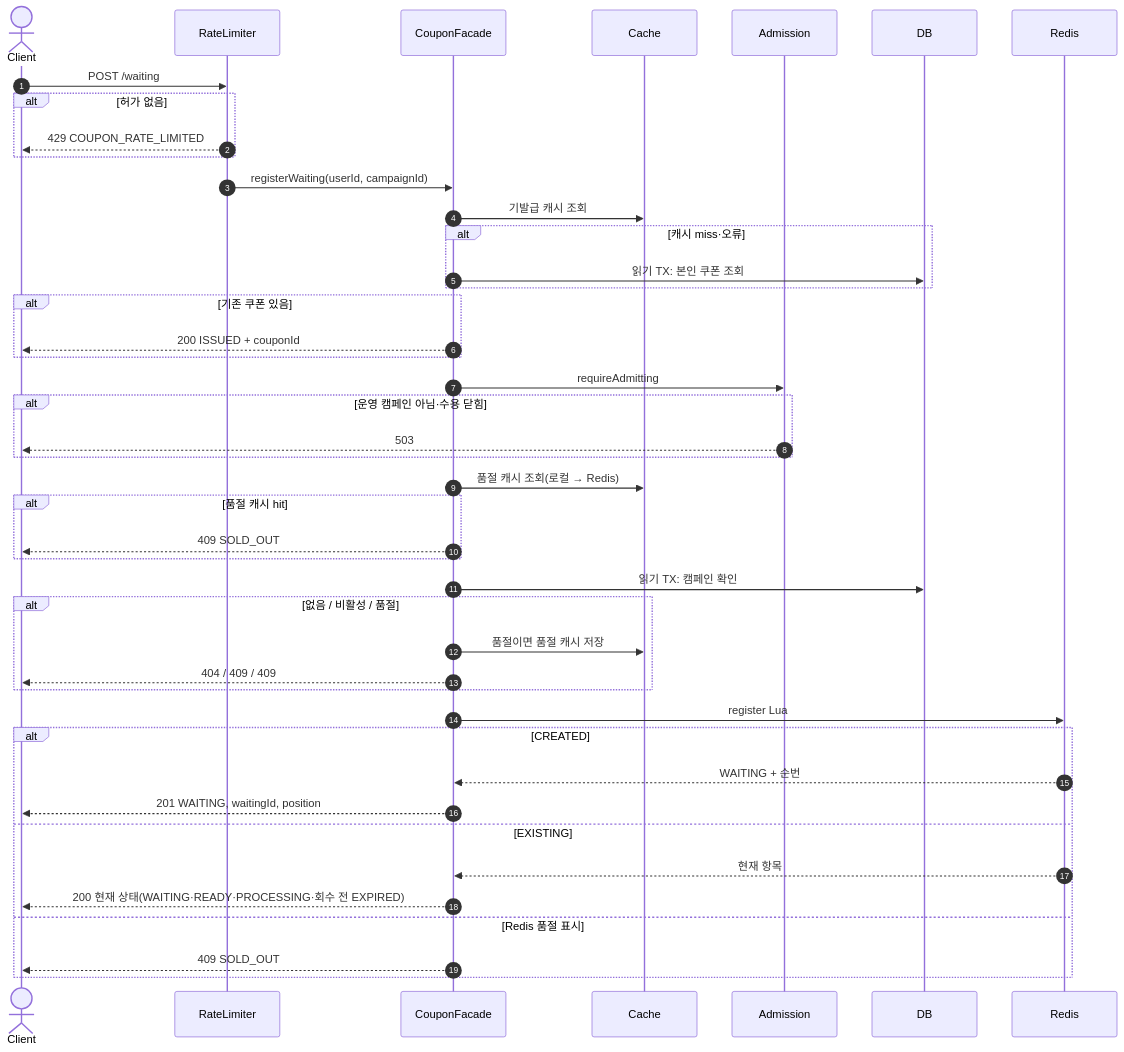
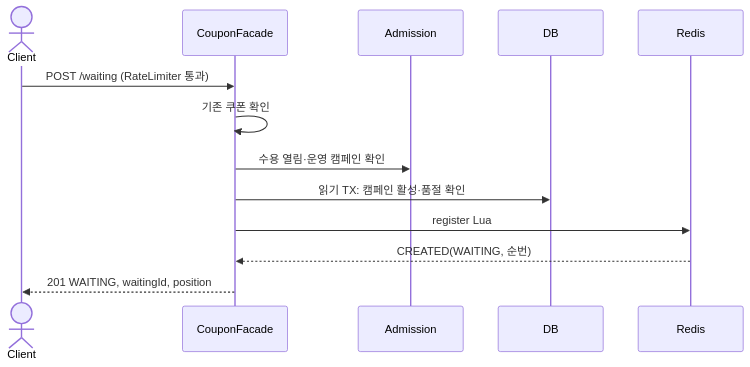
One commit to loopers-labs/loop-pack-be-l2-vol5-java changed the third of 6 diagrams in docs/system-design/features/coupon-waiting-flow.md. Above: the diagram before and after it, drawn with Mermaid. The commit also changed other lines of this file and 41 other files, not shown here.

````diff
--- a/docs/system-design/features/coupon-waiting-flow.md
+++ b/docs/system-design/features/coupon-waiting-flow.md
@@ -78,47 +78,16 @@
 ```mermaid
 sequenceDiagram
-    autonumber
     actor C as Client
-    participant L as RateLimiter
     participant F as CouponFacade
-    participant K as Cache
     participant A as Admission
     participant D as DB
     participant R as Redis
 
-    C->>L: POST /waiting
-    alt 허가 없음
-        L-->>C: 429 COUPON_RATE_LIMITED
-    end
-    L->>F: registerWaiting(userId, campaignId)
-    F->>K: 기발급 캐시 조회
-    alt 캐시 miss·오류
-        F->>D: 읽기 TX: 본인 쿠폰 조회
-    end
-    alt 기존 쿠폰 있음
-        F-->>C: 200 ISSUED + couponId
-    end
-    F->>A: requireAdmitting
-    alt 운영 캠페인 아님·수용 닫힘
-        A-->>C: 503
-    end
-    F->>K: 품절 캐시 조회(로컬 → Redis)
-    alt 품절 캐시 hit
-        F-->>C: 409 SOLD_OUT
-    end
-    F->>D: 읽기 TX: 캠페인 확인
-    alt 없음 / 비활성 / 품절
-        F->>K: 품절이면 품절 캐시 저장
-        F-->>C: 404 / 409 / 409
-    end
+    C->>F: POST /waiting (RateLimiter 통과)
+    F->>F: 기존 쿠폰 확인
+    F->>A: 수용 열림·운영 캠페인 확인
+    F->>D: 읽기 TX: 캠페인 활성·품절 확인
     F->>R: register Lua
-    alt CREATED
-        R-->>F: WAITING + 순번
-        F-->>C: 201 WAITING, waitingId, position
-    else EXISTING
-        R-->>F: 현재 항목
-        F-->>C: 200 현재 상태(WAITING·READY·PROCESSING·회수 전 EXPIRED)
-    else Redis 품절 표시
-        F-->>C: 409 SOLD_OUT
-    end
+    R-->>F: CREATED(WAITING, 순번)
+    F-->>C: 201 WAITING, waitingId, position
 ```
````
